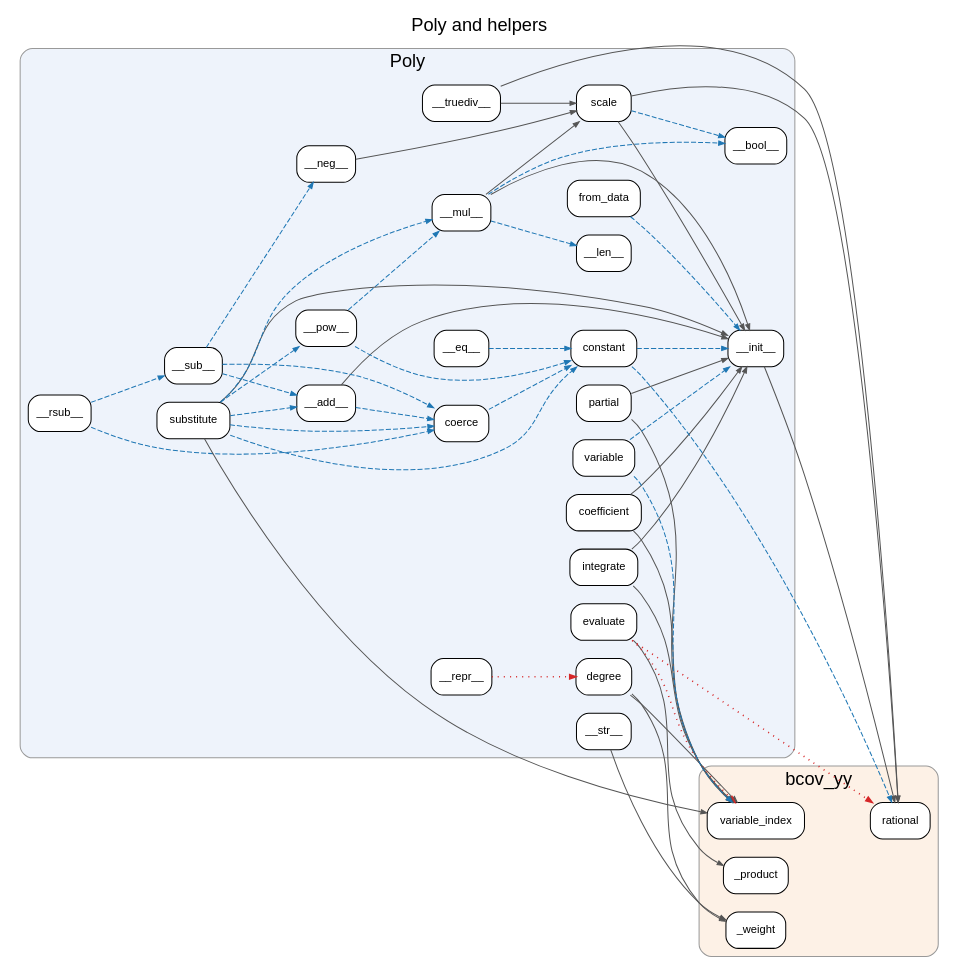
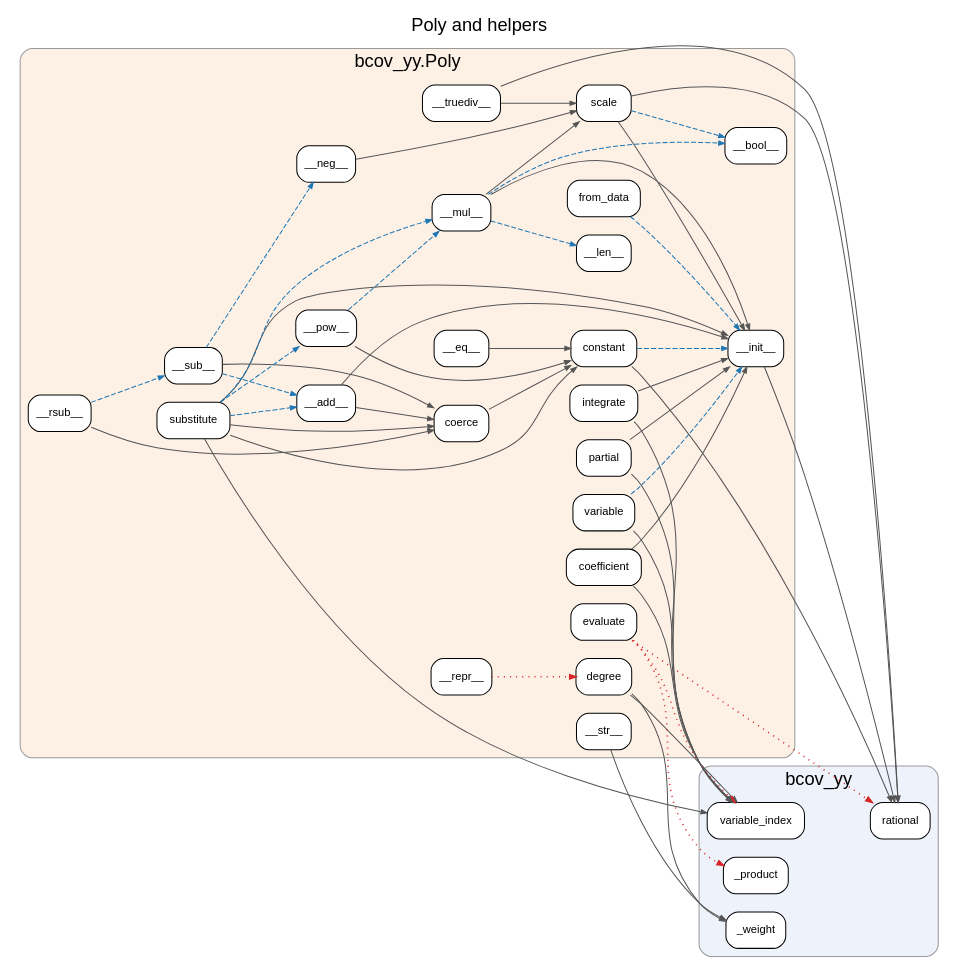
The diagram in docs/callgraph/poly.dot (shaileshlal/bcovSymbolic), drawn with Graphviz before and after one commit. The commit also changed 18 other files, not shown here.

First line of the commit message:
Add ARCHITECTURE.md with regenerated Graphviz call graphs

```diff
--- a/docs/callgraph/poly.dot
+++ b/docs/callgraph/poly.dot
@@ -1,84 +1,84 @@
 digraph "Poly and helpers" {
   graph [rankdir=LR, newrank=true, nodesep=0.25, ranksep=0.9, fontname="Helvetica", label="Poly and helpers", labelloc=t, fontsize=18];
   node [shape=box, style="rounded,filled", fillcolor="#ffffff", fontname="Helvetica", fontsize=11];
   edge [color="#555555", arrowsize=0.6];
-  subgraph cluster_0 { label="Poly"; style="rounded,filled"; fillcolor="#eef3fb"; color="#999999";
-    "bcov_yy.Poly.__add__" [label="__add__"];
-    "bcov_yy.Poly.__bool__" [label="__bool__"];
-    "bcov_yy.Poly.__eq__" [label="__eq__"];
-    "bcov_yy.Poly.__init__" [label="__init__"];
-    "bcov_yy.Poly.__len__" [label="__len__"];
-    "bcov_yy.Poly.__mul__" [label="__mul__"];
-    "bcov_yy.Poly.__neg__" [label="__neg__"];
-    "bcov_yy.Poly.__pow__" [label="__pow__"];
-    "bcov_yy.Poly.__repr__" [label="__repr__"];
-    "bcov_yy.Poly.__rsub__" [label="__rsub__"];
-    "bcov_yy.Poly.__str__" [label="__str__"];
-    "bcov_yy.Poly.__sub__" [label="__sub__"];
-    "bcov_yy.Poly.__truediv__" [label="__truediv__"];
-    "bcov_yy.Poly.coefficient" [label="coefficient"];
-    "bcov_yy.Poly.coerce" [label="coerce"];
-    "bcov_yy.Poly.constant" [label="constant"];
-    "bcov_yy.Poly.degree" [label="degree"];
-    "bcov_yy.Poly.evaluate" [label="evaluate"];
-    "bcov_yy.Poly.from_data" [label="from_data"];
-    "bcov_yy.Poly.integrate" [label="integrate"];
-    "bcov_yy.Poly.partial" [label="partial"];
-    "bcov_yy.Poly.scale" [label="scale"];
-    "bcov_yy.Poly.substitute" [label="substitute"];
-    "bcov_yy.Poly.variable" [label="variable"];
+  subgraph cluster_0 { label="bcov_yy"; style="rounded,filled"; fillcolor="#eef3fb"; color="#999999";
+    "bcov.bcov_yy._product" [label="_product"];
+    "bcov.bcov_yy._weight" [label="_weight"];
+    "bcov.bcov_yy.rational" [label="rational"];
+    "bcov.bcov_yy.variable_index" [label="variable_index"];
   }
-  subgraph cluster_1 { label="bcov_yy"; style="rounded,filled"; fillcolor="#fdf1e6"; color="#999999";
-    "bcov_yy._product" [label="_product"];
-    "bcov_yy._weight" [label="_weight"];
-    "bcov_yy.rational" [label="rational"];
-    "bcov_yy.variable_index" [label="variable_index"];
+  subgraph cluster_1 { label="bcov_yy.Poly"; style="rounded,filled"; fillcolor="#fdf1e6"; color="#999999";
+    "bcov.bcov_yy.Poly.__add__" [label="__add__"];
+    "bcov.bcov_yy.Poly.__bool__" [label="__bool__"];
+    "bcov.bcov_yy.Poly.__eq__" [label="__eq__"];
+    "bcov.bcov_yy.Poly.__init__" [label="__init__"];
+    "bcov.bcov_yy.Poly.__len__" [label="__len__"];
+    "bcov.bcov_yy.Poly.__mul__" [label="__mul__"];
+    "bcov.bcov_yy.Poly.__neg__" [label="__neg__"];
+    "bcov.bcov_yy.Poly.__pow__" [label="__pow__"];
+    "bcov.bcov_yy.Poly.__repr__" [label="__repr__"];
+    "bcov.bcov_yy.Poly.__rsub__" [label="__rsub__"];
+    "bcov.bcov_yy.Poly.__str__" [label="__str__"];
+    "bcov.bcov_yy.Poly.__sub__" [label="__sub__"];
+    "bcov.bcov_yy.Poly.__truediv__" [label="__truediv__"];
+    "bcov.bcov_yy.Poly.coefficient" [label="coefficient"];
+    "bcov.bcov_yy.Poly.coerce" [label="coerce"];
+    "bcov.bcov_yy.Poly.constant" [label="constant"];
+    "bcov.bcov_yy.Poly.degree" [label="degree"];
+    "bcov.bcov_yy.Poly.evaluate" [label="evaluate"];
+    "bcov.bcov_yy.Poly.from_data" [label="from_data"];
+    "bcov.bcov_yy.Poly.integrate" [label="integrate"];
+    "bcov.bcov_yy.Poly.partial" [label="partial"];
+    "bcov.bcov_yy.Poly.scale" [label="scale"];
+    "bcov.bcov_yy.Poly.substitute" [label="substitute"];
+    "bcov.bcov_yy.Poly.variable" [label="variable"];
   }
-  "bcov_yy.Poly.__add__" -> "bcov_yy.Poly.__init__" [style=solid];
-  "bcov_yy.Poly.__add__" -> "bcov_yy.Poly.coerce" [style=dashed, color="#1f77b4"];
-  "bcov_yy.Poly.__eq__" -> "bcov_yy.Poly.constant" [style=dashed, color="#1f77b4"];
-  "bcov_yy.Poly.__init__" -> "bcov_yy.rational" [style=solid];
-  "bcov_yy.Poly.__mul__" -> "bcov_yy.Poly.__bool__" [style=dashed, color="#1f77b4"];
-  "bcov_yy.Poly.__mul__" -> "bcov_yy.Poly.__init__" [style=solid];
-  "bcov_yy.Poly.__mul__" -> "bcov_yy.Poly.__len__" [style=dashed, color="#1f77b4"];
-  "bcov_yy.Poly.__mul__" -> "bcov_yy.Poly.scale" [style=solid];
-  "bcov_yy.Poly.__neg__" -> "bcov_yy.Poly.scale" [style=solid];
-  "bcov_yy.Poly.__pow__" -> "bcov_yy.Poly.__mul__" [style=dashed, color="#1f77b4"];
-  "bcov_yy.Poly.__pow__" -> "bcov_yy.Poly.constant" [style=dashed, color="#1f77b4"];
-  "bcov_yy.Poly.__repr__" -> "bcov_yy.Poly.degree" [style=dotted, color="#d62728", penwidth=1.6];
-  "bcov_yy.Poly.__rsub__" -> "bcov_yy.Poly.__sub__" [style=dashed, color="#1f77b4"];
-  "bcov_yy.Poly.__rsub__" -> "bcov_yy.Poly.coerce" [style=dashed, color="#1f77b4"];
-  "bcov_yy.Poly.__str__" -> "bcov_yy._weight" [style=solid];
-  "bcov_yy.Poly.__sub__" -> "bcov_yy.Poly.__add__" [style=dashed, color="#1f77b4"];
-  "bcov_yy.Poly.__sub__" -> "bcov_yy.Poly.__neg__" [style=dashed, color="#1f77b4"];
-  "bcov_yy.Poly.__sub__" -> "bcov_yy.Poly.coerce" [style=dashed, color="#1f77b4"];
-  "bcov_yy.Poly.__truediv__" -> "bcov_yy.Poly.scale" [style=solid];
-  "bcov_yy.Poly.__truediv__" -> "bcov_yy.rational" [style=solid];
-  "bcov_yy.Poly.coefficient" -> "bcov_yy.Poly.__init__" [style=solid];
-  "bcov_yy.Poly.coefficient" -> "bcov_yy.variable_index" [style=solid];
-  "bcov_yy.Poly.coerce" -> "bcov_yy.Poly.constant" [style=dashed, color="#1f77b4"];
-  "bcov_yy.Poly.constant" -> "bcov_yy.Poly.__init__" [style=dashed, color="#1f77b4"];
-  "bcov_yy.Poly.constant" -> "bcov_yy.rational" [style=dashed, color="#1f77b4"];
-  "bcov_yy.Poly.degree" -> "bcov_yy._weight" [style=solid];
-  "bcov_yy.Poly.degree" -> "bcov_yy.variable_index" [style=solid];
-  "bcov_yy.Poly.evaluate" -> "bcov_yy._product" [style=solid];
-  "bcov_yy.Poly.evaluate" -> "bcov_yy.rational" [style=dotted, color="#d62728", penwidth=1.6];
-  "bcov_yy.Poly.evaluate" -> "bcov_yy.variable_index" [style=dotted, color="#d62728", penwidth=1.6];
-  "bcov_yy.Poly.from_data" -> "bcov_yy.Poly.__init__" [style=dashed, color="#1f77b4"];
-  "bcov_yy.Poly.integrate" -> "bcov_yy.Poly.__init__" [style=solid];
-  "bcov_yy.Poly.integrate" -> "bcov_yy.variable_index" [style=solid];
-  "bcov_yy.Poly.partial" -> "bcov_yy.Poly.__init__" [style=solid];
-  "bcov_yy.Poly.partial" -> "bcov_yy.variable_index" [style=solid];
-  "bcov_yy.Poly.scale" -> "bcov_yy.Poly.__bool__" [style=dashed, color="#1f77b4"];
-  "bcov_yy.Poly.scale" -> "bcov_yy.Poly.__init__" [style=solid];
-  "bcov_yy.Poly.scale" -> "bcov_yy.rational" [style=solid];
-  "bcov_yy.Poly.substitute" -> "bcov_yy.Poly.__add__" [style=dashed, color="#1f77b4"];
-  "bcov_yy.Poly.substitute" -> "bcov_yy.Poly.__init__" [style=solid];
-  "bcov_yy.Poly.substitute" -> "bcov_yy.Poly.__mul__" [style=dashed, color="#1f77b4"];
-  "bcov_yy.Poly.substitute" -> "bcov_yy.Poly.__pow__" [style=dashed, color="#1f77b4"];
-  "bcov_yy.Poly.substitute" -> "bcov_yy.Poly.coerce" [style=dashed, color="#1f77b4"];
-  "bcov_yy.Poly.substitute" -> "bcov_yy.Poly.constant" [style=dashed, color="#1f77b4"];
-  "bcov_yy.Poly.substitute" -> "bcov_yy.variable_index" [style=solid];
-  "bcov_yy.Poly.variable" -> "bcov_yy.Poly.__init__" [style=dashed, color="#1f77b4"];
-  "bcov_yy.Poly.variable" -> "bcov_yy.variable_index" [style=dashed, color="#1f77b4"];
+  "bcov.bcov_yy.Poly.__add__" -> "bcov.bcov_yy.Poly.__init__" [style=solid];
+  "bcov.bcov_yy.Poly.__add__" -> "bcov.bcov_yy.Poly.coerce" [style=solid];
+  "bcov.bcov_yy.Poly.__eq__" -> "bcov.bcov_yy.Poly.constant" [style=solid];
+  "bcov.bcov_yy.Poly.__init__" -> "bcov.bcov_yy.rational" [style=solid];
+  "bcov.bcov_yy.Poly.__mul__" -> "bcov.bcov_yy.Poly.__bool__" [style=dashed, color="#1f77b4"];
+  "bcov.bcov_yy.Poly.__mul__" -> "bcov.bcov_yy.Poly.__init__" [style=solid];
+  "bcov.bcov_yy.Poly.__mul__" -> "bcov.bcov_yy.Poly.__len__" [style=dashed, color="#1f77b4"];
+  "bcov.bcov_yy.Poly.__mul__" -> "bcov.bcov_yy.Poly.scale" [style=solid];
+  "bcov.bcov_yy.Poly.__neg__" -> "bcov.bcov_yy.Poly.scale" [style=solid];
+  "bcov.bcov_yy.Poly.__pow__" -> "bcov.bcov_yy.Poly.__mul__" [style=dashed, color="#1f77b4"];
+  "bcov.bcov_yy.Poly.__pow__" -> "bcov.bcov_yy.Poly.constant" [style=solid];
+  "bcov.bcov_yy.Poly.__repr__" -> "bcov.bcov_yy.Poly.degree" [style=dotted, color="#d62728", penwidth=1.6];
+  "bcov.bcov_yy.Poly.__rsub__" -> "bcov.bcov_yy.Poly.__sub__" [style=dashed, color="#1f77b4"];
+  "bcov.bcov_yy.Poly.__rsub__" -> "bcov.bcov_yy.Poly.coerce" [style=solid];
+  "bcov.bcov_yy.Poly.__str__" -> "bcov.bcov_yy._weight" [style=solid];
+  "bcov.bcov_yy.Poly.__sub__" -> "bcov.bcov_yy.Poly.__add__" [style=dashed, color="#1f77b4"];
+  "bcov.bcov_yy.Poly.__sub__" -> "bcov.bcov_yy.Poly.__neg__" [style=dashed, color="#1f77b4"];
+  "bcov.bcov_yy.Poly.__sub__" -> "bcov.bcov_yy.Poly.coerce" [style=solid];
+  "bcov.bcov_yy.Poly.__truediv__" -> "bcov.bcov_yy.Poly.scale" [style=solid];
+  "bcov.bcov_yy.Poly.__truediv__" -> "bcov.bcov_yy.rational" [style=solid];
+  "bcov.bcov_yy.Poly.coefficient" -> "bcov.bcov_yy.Poly.__init__" [style=solid];
+  "bcov.bcov_yy.Poly.coefficient" -> "bcov.bcov_yy.variable_index" [style=solid];
+  "bcov.bcov_yy.Poly.coerce" -> "bcov.bcov_yy.Poly.constant" [style=solid];
+  "bcov.bcov_yy.Poly.constant" -> "bcov.bcov_yy.Poly.__init__" [style=dashed, color="#1f77b4"];
+  "bcov.bcov_yy.Poly.constant" -> "bcov.bcov_yy.rational" [style=solid];
+  "bcov.bcov_yy.Poly.degree" -> "bcov.bcov_yy._weight" [style=solid];
+  "bcov.bcov_yy.Poly.degree" -> "bcov.bcov_yy.variable_index" [style=solid];
+  "bcov.bcov_yy.Poly.evaluate" -> "bcov.bcov_yy._product" [style=dotted, color="#d62728", penwidth=1.6];
+  "bcov.bcov_yy.Poly.evaluate" -> "bcov.bcov_yy.rational" [style=dotted, color="#d62728", penwidth=1.6];
+  "bcov.bcov_yy.Poly.evaluate" -> "bcov.bcov_yy.variable_index" [style=dotted, color="#d62728", penwidth=1.6];
+  "bcov.bcov_yy.Poly.from_data" -> "bcov.bcov_yy.Poly.__init__" [style=dashed, color="#1f77b4"];
+  "bcov.bcov_yy.Poly.integrate" -> "bcov.bcov_yy.Poly.__init__" [style=solid];
+  "bcov.bcov_yy.Poly.integrate" -> "bcov.bcov_yy.variable_index" [style=solid];
+  "bcov.bcov_yy.Poly.partial" -> "bcov.bcov_yy.Poly.__init__" [style=solid];
+  "bcov.bcov_yy.Poly.partial" -> "bcov.bcov_yy.variable_index" [style=solid];
+  "bcov.bcov_yy.Poly.scale" -> "bcov.bcov_yy.Poly.__bool__" [style=dashed, color="#1f77b4"];
+  "bcov.bcov_yy.Poly.scale" -> "bcov.bcov_yy.Poly.__init__" [style=solid];
+  "bcov.bcov_yy.Poly.scale" -> "bcov.bcov_yy.rational" [style=solid];
+  "bcov.bcov_yy.Poly.substitute" -> "bcov.bcov_yy.Poly.__add__" [style=dashed, color="#1f77b4"];
+  "bcov.bcov_yy.Poly.substitute" -> "bcov.bcov_yy.Poly.__init__" [style=solid];
+  "bcov.bcov_yy.Poly.substitute" -> "bcov.bcov_yy.Poly.__mul__" [style=dashed, color="#1f77b4"];
+  "bcov.bcov_yy.Poly.substitute" -> "bcov.bcov_yy.Poly.__pow__" [style=dashed, color="#1f77b4"];
+  "bcov.bcov_yy.Poly.substitute" -> "bcov.bcov_yy.Poly.coerce" [style=solid];
+  "bcov.bcov_yy.Poly.substitute" -> "bcov.bcov_yy.Poly.constant" [style=solid];
+  "bcov.bcov_yy.Poly.substitute" -> "bcov.bcov_yy.variable_index" [style=solid];
+  "bcov.bcov_yy.Poly.variable" -> "bcov.bcov_yy.Poly.__init__" [style=dashed, color="#1f77b4"];
+  "bcov.bcov_yy.Poly.variable" -> "bcov.bcov_yy.variable_index" [style=solid];
 }
```
